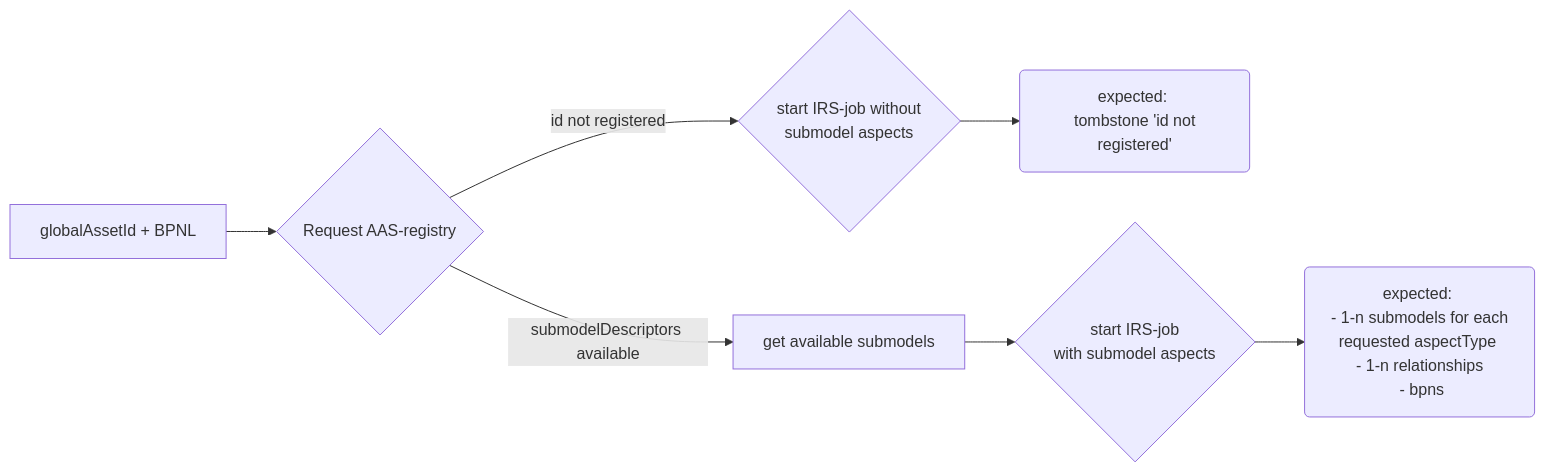
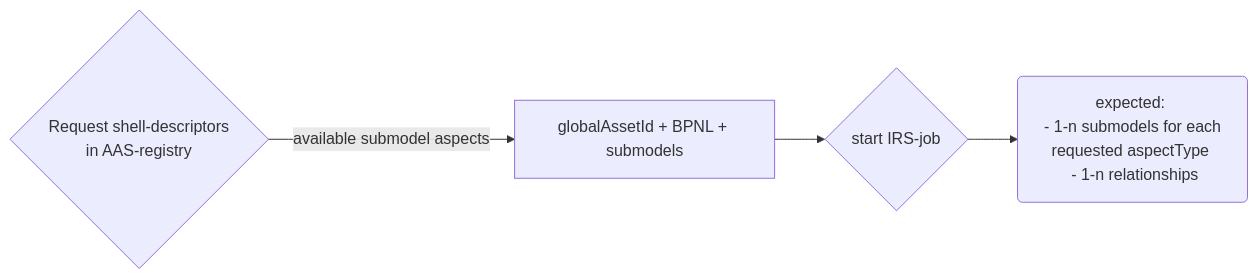
Before and after one commit to eclipse-tractusx/item-relationship-service: the second of 3 diagrams in docs/concept/#266-IRS-testing-with-dynamicData/#266-IRS-testing-with-dynamic-data.md, drawn with Mermaid. The commit also changed other lines of this file, not shown here.

````diff
--- a/docs/concept/#266-IRS-testing-with-dynamicData/#266-IRS-testing-with-dynamic-data.md
+++ b/docs/concept/#266-IRS-testing-with-dynamicData/#266-IRS-testing-with-dynamic-data.md
@@ -63,8 +60,7 @@
 ```mermaid
 graph LR
-    A[globalAssetId + BPNL] --> B{Request AAS-registry}
-    B -- submodelDescriptors available --> C[get available submodels]
-    B -- id not registered --> D{start IRS-job without \n submodel aspects} --> DD(expected: \n tombstone 'id not registered')
-    C --> E{start IRS-job \n with submodel aspects}
-    E --> F(expected: \n - 1-n submodels for each requested aspectType \n - 1-n relationships \n - bpns)
+    A{Request shell-descriptors \n in AAS-registry}
+    A -- available submodel aspects --> C[globalAssetId + BPNL + submodels]
+    C --> D{start IRS-job}
+    D --> E(expected: \n - 1-n submodels for each requested aspectType \n - 1-n relationships)
 ```
````
